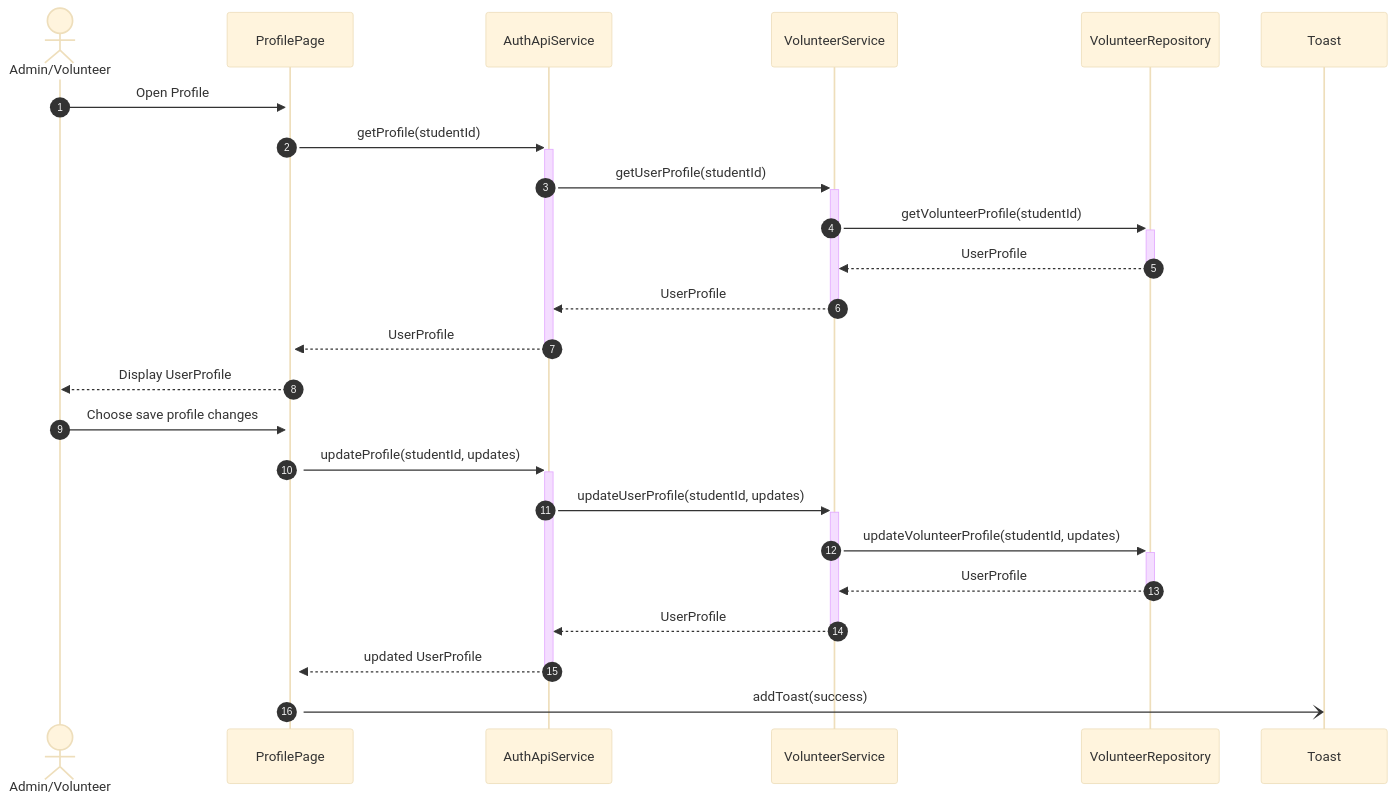
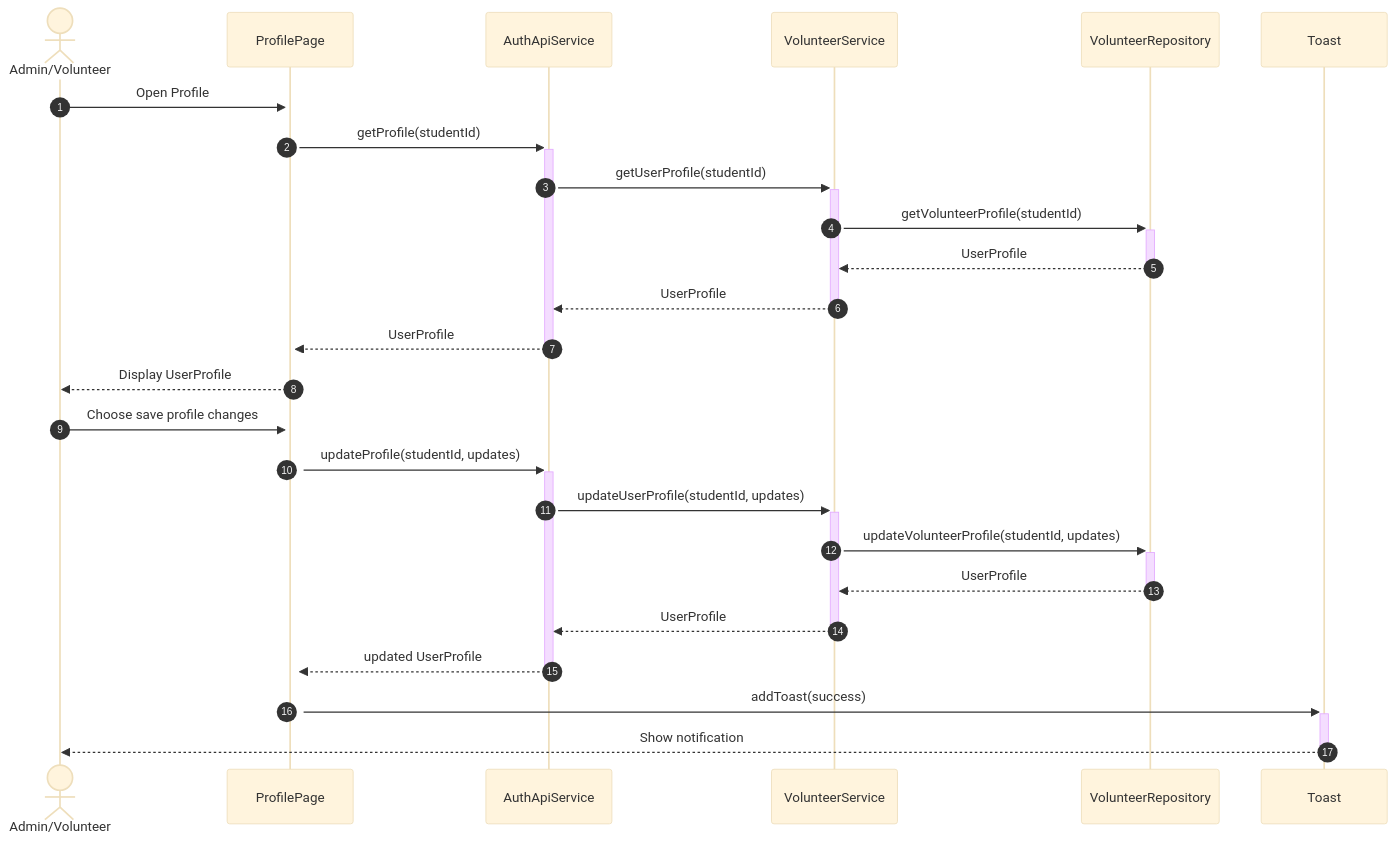
Before and after one commit to crypto-cmd/Volunteer-Management-COMP2171: the diagram in diagrams/sequences/manage-profile.mermaid, drawn with Mermaid (base theme). The commit also changed 9 other files, not shown here.

```diff
--- a/diagrams/sequences/manage-profile.mermaid
+++ b/diagrams/sequences/manage-profile.mermaid
@@ -1,26 +1,27 @@
 sequenceDiagram
 autonumber
 actor User as Admin/Volunteer
 participant ProfilePage
 participant AuthApiService
 participant VolunteerService
 participant VolunteerRepo as VolunteerRepository
 participant Toast
 
 User->>+ProfilePage: Open Profile
 ProfilePage->>+AuthApiService: getProfile(studentId)
 AuthApiService->>+VolunteerService: getUserProfile(studentId)
 VolunteerService->>+VolunteerRepo: getVolunteerProfile(studentId)
 VolunteerRepo-->>-VolunteerService: UserProfile
 VolunteerService-->>-AuthApiService: UserProfile
 AuthApiService-->>-ProfilePage: UserProfile
 ProfilePage-->>User: Display UserProfile
 
 User->>+ProfilePage: Choose save profile changes
 ProfilePage->>+AuthApiService: updateProfile(studentId, updates)
 AuthApiService->>+VolunteerService: updateUserProfile(studentId, updates)
 VolunteerService->>+VolunteerRepo: updateVolunteerProfile(studentId, updates)
 VolunteerRepo-->>-VolunteerService: UserProfile
 VolunteerService-->>-AuthApiService: UserProfile
 AuthApiService-->>-ProfilePage: updated UserProfile
-ProfilePage-)Toast: addToast(success)
+ProfilePage->>+Toast: addToast(success)
+Toast-->>-User: Show notification
```
